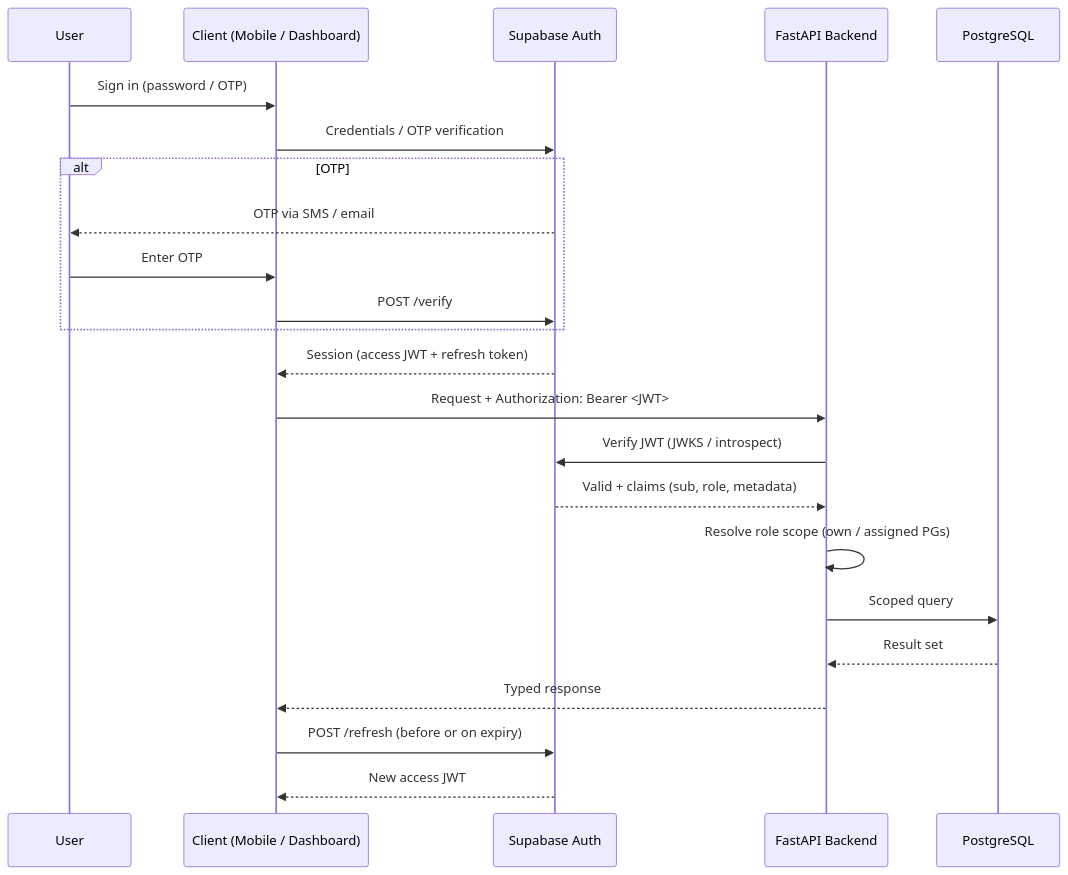
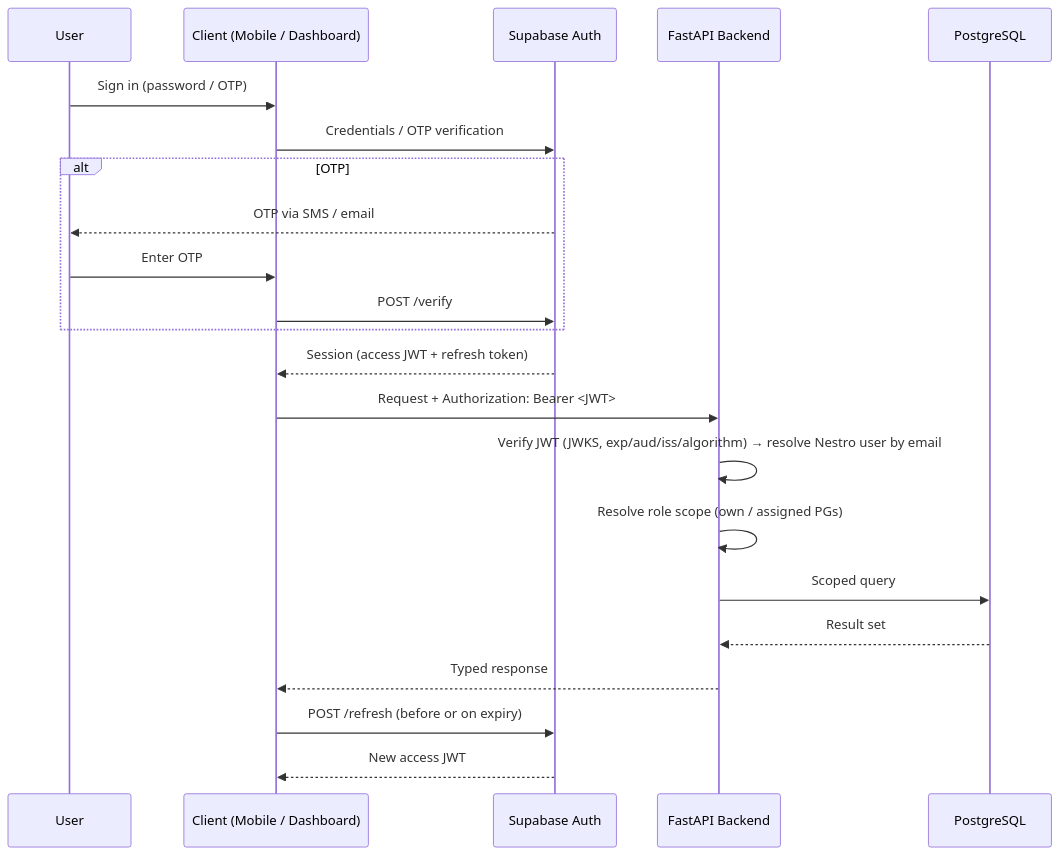
One commit to sanjuofficial001/Nestro changed the first of 4 diagrams in docs/AUTHENTICATION_SPEC.md. Above: the diagram before and after it, drawn with Mermaid. The commit also changed other lines of this file and 6 other files, not shown here.

````diff
--- a/docs/AUTHENTICATION_SPEC.md
+++ b/docs/AUTHENTICATION_SPEC.md
@@ -73,26 +73,25 @@
 ```mermaid
 sequenceDiagram
     participant U as User
     participant C as Client (Mobile / Dashboard)
     participant SA as Supabase Auth
     participant B as FastAPI Backend
     participant DB as PostgreSQL
 
     U->>C: Sign in (password / OTP)
     C->>SA: Credentials / OTP verification
     alt OTP
         SA-->>U: OTP via SMS / email
         U->>C: Enter OTP
         C->>SA: POST /verify
     end
     SA-->>C: Session (access JWT + refresh token)
     C->>B: Request + Authorization: Bearer <JWT>
-    B->>SA: Verify JWT (JWKS / introspect)
-    SA-->>B: Valid + claims (sub, role, metadata)
+    B->>B: Verify JWT (JWKS, exp/aud/iss/algorithm) → resolve Nestro user by email
     B->>B: Resolve role scope (own / assigned PGs)
     B->>DB: Scoped query
     DB-->>B: Result set
     B-->>C: Typed response
     C->>SA: POST /refresh (before or on expiry)
     SA-->>C: New access JWT
 ```
````
